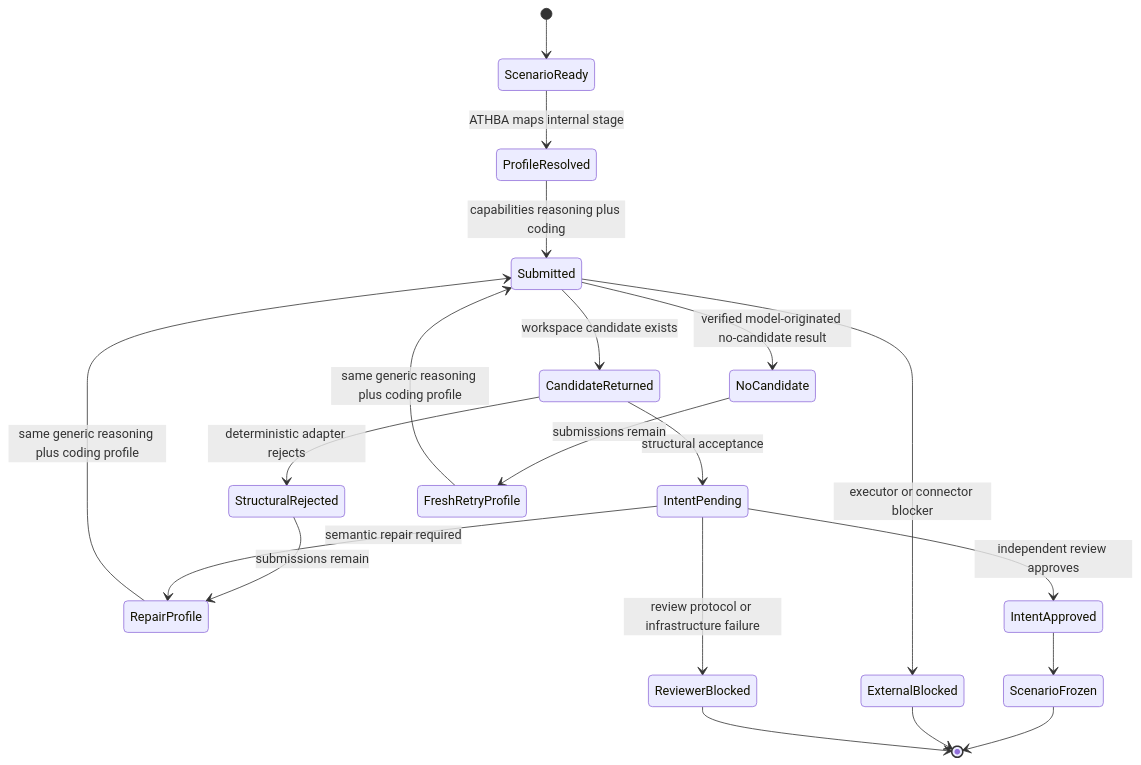
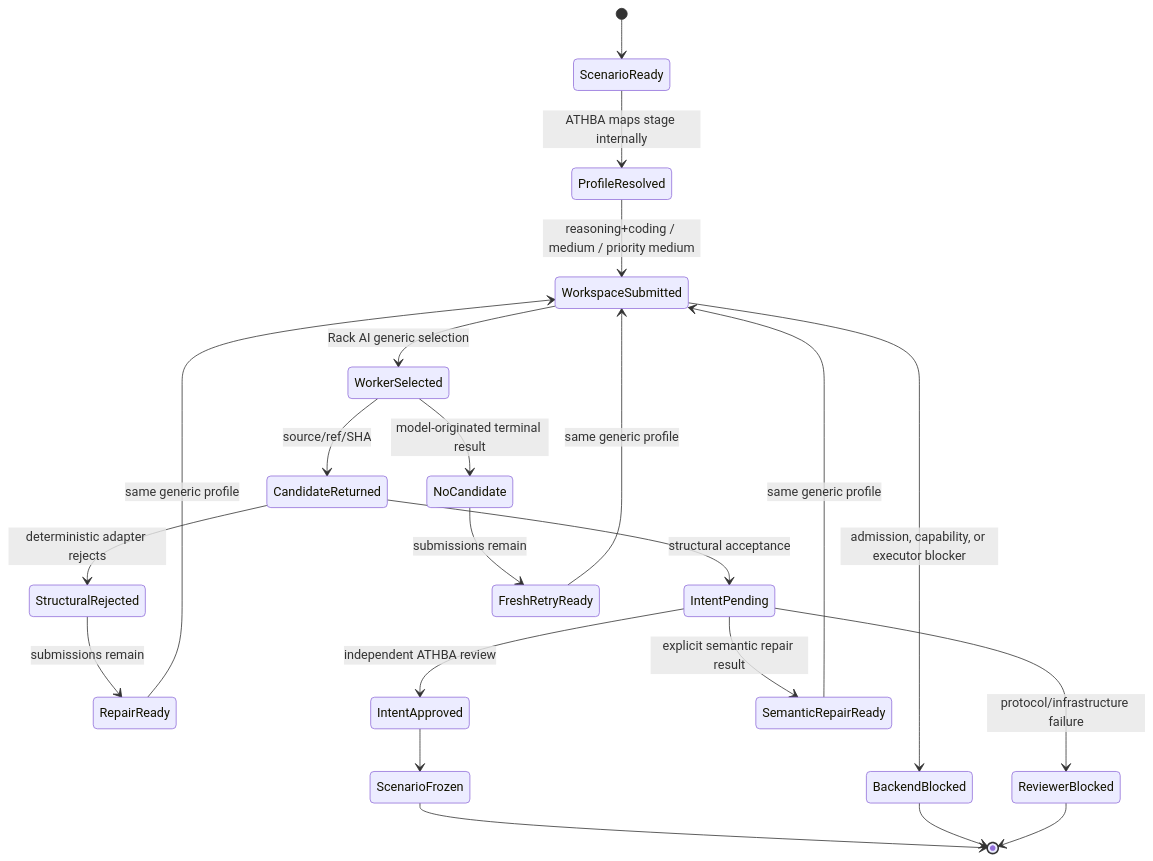
Before and after one commit to Tommyboyjedi/ATHBA: the first of 9 diagrams in docs/pr23_worker_routing_state_machines.md, drawn with Mermaid. The commit also changed other lines of this file, not shown here.

Commit message:
docs: align routing state machines with workspace port

````diff
--- a/docs/pr23_worker_routing_state_machines.md
+++ b/docs/pr23_worker_routing_state_machines.md
@@ -83,22 +11,24 @@
 ```mermaid
 stateDiagram-v2
     [*] --> ScenarioReady
-    ScenarioReady --> ProfileResolved: ATHBA maps internal stage
-    ProfileResolved --> Submitted: capabilities reasoning plus coding
-    Submitted --> CandidateReturned: workspace candidate exists
-    Submitted --> NoCandidate: verified model-originated no-candidate result
-    Submitted --> ExternalBlocked: executor or connector blocker
+    ScenarioReady --> ProfileResolved: ATHBA maps stage internally
+    ProfileResolved --> WorkspaceSubmitted: reasoning+coding / medium / priority medium
+    WorkspaceSubmitted --> WorkerSelected: Rack AI generic selection
+    WorkspaceSubmitted --> BackendBlocked: admission, capability, or executor blocker
+    WorkerSelected --> CandidateReturned: source/ref/SHA
+    WorkerSelected --> NoCandidate: model-originated terminal result
     CandidateReturned --> StructuralRejected: deterministic adapter rejects
     CandidateReturned --> IntentPending: structural acceptance
-    StructuralRejected --> RepairProfile: submissions remain
-    NoCandidate --> FreshRetryProfile: submissions remain
-    IntentPending --> IntentApproved: independent review approves
-    IntentPending --> RepairProfile: semantic repair required
-    IntentPending --> ReviewerBlocked: review protocol or infrastructure failure
-    RepairProfile --> Submitted: same generic reasoning plus coding profile
-    FreshRetryProfile --> Submitted: same generic reasoning plus coding profile
+    StructuralRejected --> RepairReady: submissions remain
+    NoCandidate --> FreshRetryReady: submissions remain
+    RepairReady --> WorkspaceSubmitted: same generic profile
+    FreshRetryReady --> WorkspaceSubmitted: same generic profile
+    IntentPending --> IntentApproved: independent ATHBA review
+    IntentPending --> SemanticRepairReady: explicit semantic repair result
+    IntentPending --> ReviewerBlocked: protocol/infrastructure failure
+    SemanticRepairReady --> WorkspaceSubmitted: same generic profile
     IntentApproved --> ScenarioFrozen
     ScenarioFrozen --> [*]
-    ExternalBlocked --> [*]
+    BackendBlocked --> [*]
     ReviewerBlocked --> [*]
 ```
````
